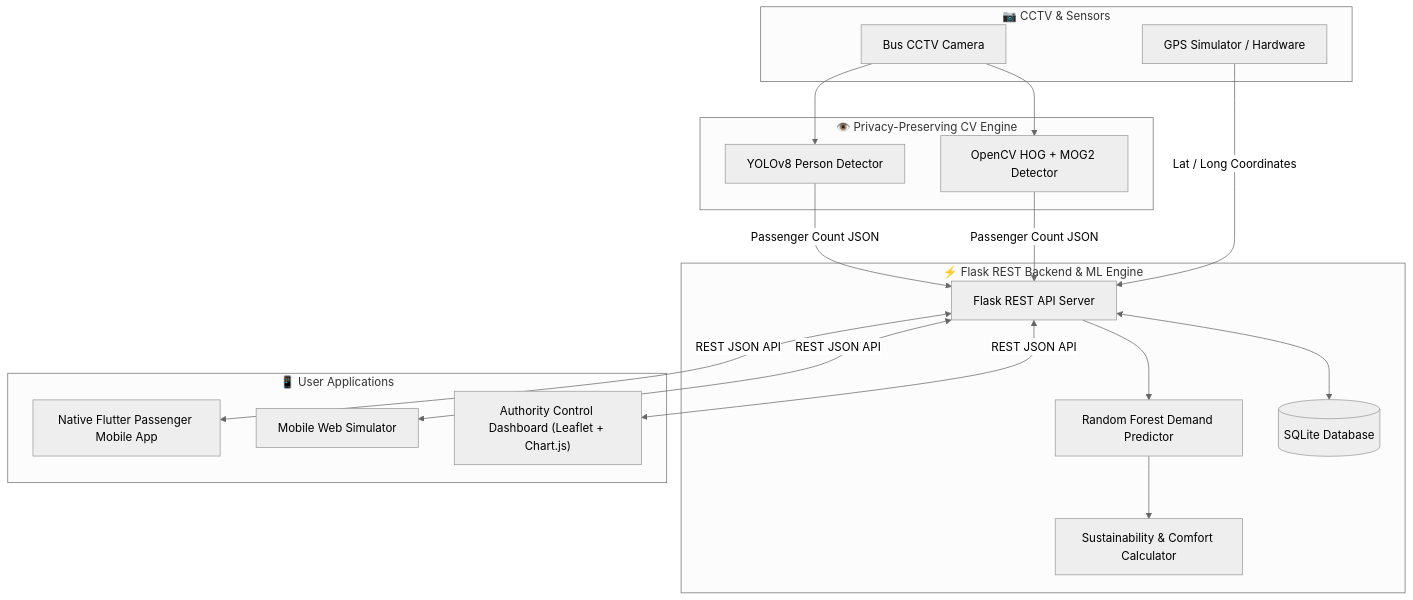
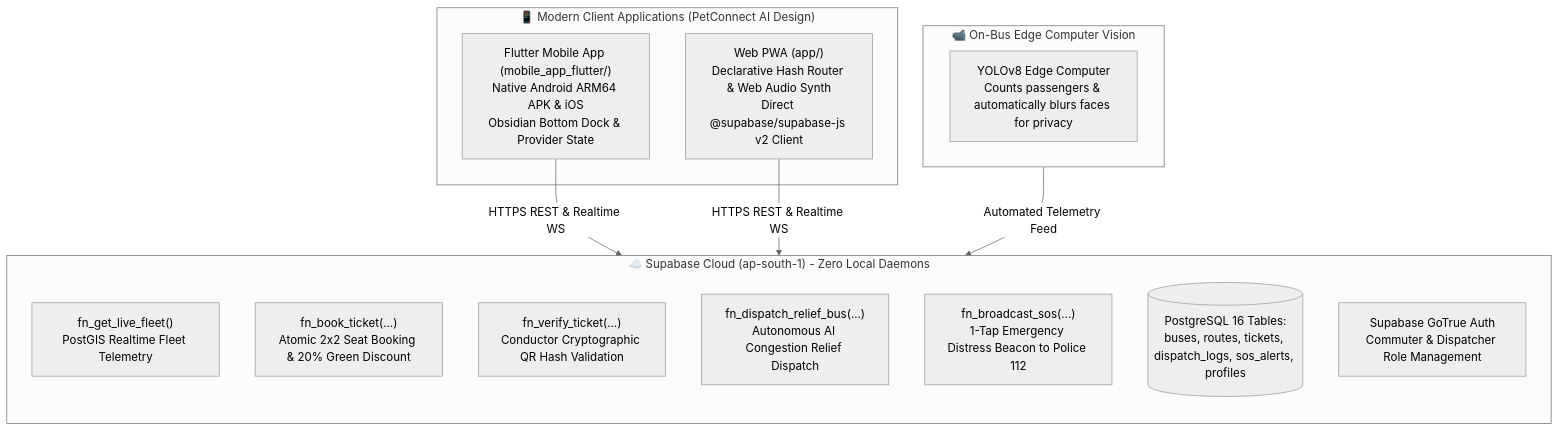
The first of 2 diagrams in README.md (Antony0610/BusSense-AI), drawn with Mermaid (neutral theme) before and after one commit. The commit also changed other lines of this file, not shown here.

Commit message:
docs: overhaul README.md with PetConnect AI architecture, direct Supabase Cloud backend, and route matrix

````diff
--- a/README.md
+++ b/README.md
@@ -21,32 +18,26 @@
 ```mermaid
 flowchart TD
-    subgraph Sensors["📷 CCTV & Sensors"]
-        CCTV["Bus CCTV Camera"]
-        GPS["GPS Simulator / Hardware"]
+    subgraph Clients["📱 Modern Client Applications (PetConnect AI Design)"]
+        Flutter["Flutter Mobile App (mobile_app_flutter/)\nNative Android ARM64 APK & iOS\nObsidian Bottom Dock & Provider State"]
+        Web["Web PWA (app/)\nDeclarative Hash Router & Web Audio Synth\nDirect @supabase/supabase-js v2 Client"]
     end
 
-    subgraph CV["👁️ Privacy-Preserving CV Engine"]
-        YOLO["YOLOv8 Person Detector"]
-        OpenCV["OpenCV HOG + MOG2 Detector"]
+    subgraph SupabaseCloud["☁️ Supabase Cloud (ap-south-1) - Zero Local Daemons"]
+        direction TB
+        RPC1["fn_get_live_fleet()\nPostGIS Realtime Fleet Telemetry"]
+        RPC2["fn_book_ticket(...)\nAtomic 2x2 Seat Booking & 20% Green Discount"]
+        RPC3["fn_verify_ticket(...)\nConductor Cryptographic QR Hash Validation"]
+        RPC4["fn_dispatch_relief_bus(...)\nAutonomous AI Congestion Relief Dispatch"]
+        RPC5["fn_broadcast_sos(...)\n1-Tap Emergency Distress Beacon to Police 112"]
+        Tables[("PostgreSQL 16 Tables:\nbuses, routes, tickets, dispatch_logs, sos_alerts, profiles")]
+        Auth["Supabase GoTrue Auth\nCommuter & Dispatcher Role Management"]
     end
 
-    subgraph Backend["⚡ Flask REST Backend & ML Engine"]
-        API["Flask REST API Server"]
-        RF["Random Forest Demand Predictor"]
-        DB[(SQLite Database)]
-        Analytics["Sustainability & Comfort Calculator"]
+    subgraph EdgeAI["📹 On-Bus Edge Computer Vision"]
+        YOLO["YOLOv8 Edge Computer\nCounts passengers & automatically blurs faces for privacy"]
     end
 
-    subgraph Clients["📱 User Applications"]
-        Flutter["Native Flutter Passenger Mobile App"]
-        WebSim["Mobile Web Simulator"]
-        Dashboard["Authority Control Dashboard (Leaflet + Chart.js)"]
-    end
-
-    CCTV --> YOLO & OpenCV
-    YOLO & OpenCV -->|Passenger Count JSON| API
-    GPS -->|Lat / Long Coordinates| API
-    API <--> DB
-    API --> RF --> Analytics
-    API <-->|REST JSON API| Flutter & WebSim & Dashboard
+    Flutter -->|HTTPS REST & Realtime WS| SupabaseCloud
+    Web -->|HTTPS REST & Realtime WS| SupabaseCloud
+    EdgeAI -->|Automated Telemetry Feed| SupabaseCloud
 ```
````
